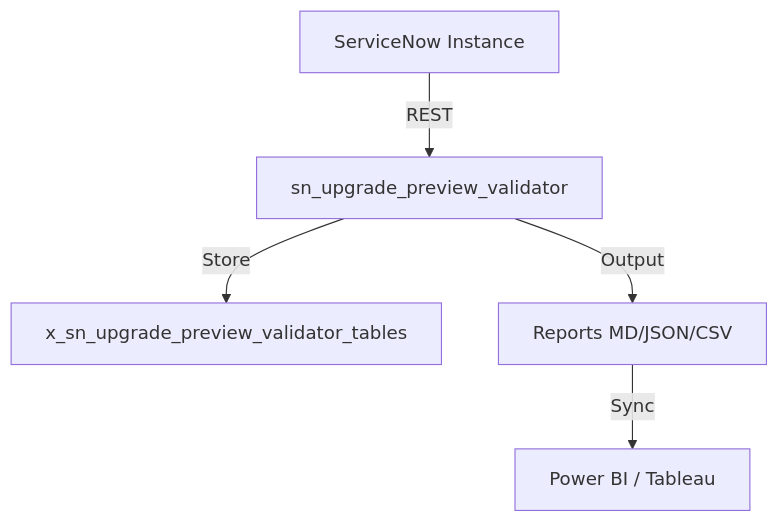
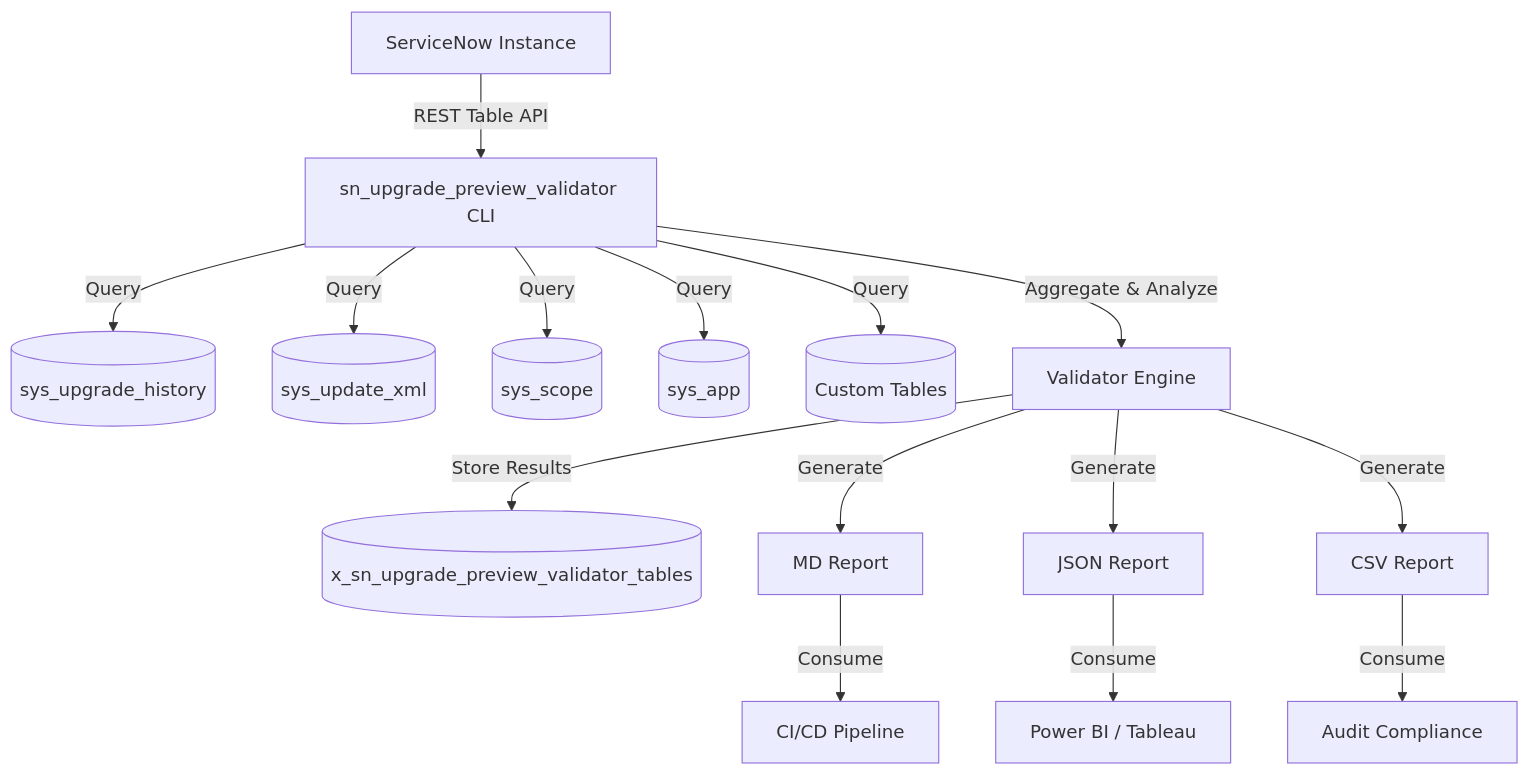
Before and after one commit to vladarchitectservicenow-oss/sn_upgrade_preview_validator: the diagram in README.md, drawn with Mermaid. The commit also changed other lines of this file, not shown here.

Commit message:
fix: deduplicate and expand README to 2000+ words (G8+G7 compliance)

````diff
--- a/README.md
+++ b/README.md
@@ -54,7 +44,17 @@
 ```mermaid
 graph TD
-    SN[ServiceNow Instance] -->|REST| sn_upgrade_preview_validator
-    sn_upgrade_preview_validator -->|Store| DB[x_sn_upgrade_preview_validator_tables]
-    sn_upgrade_preview_validator -->|Output| Report[Reports MD/JSON/CSV]
-    Report -->|Sync| BI[Power BI / Tableau]
+    A[ServiceNow Instance] -->|REST Table API| B[sn_upgrade_preview_validator CLI]
+    B -->|Query| C[(sys_upgrade_history)]
+    B -->|Query| D[(sys_update_xml)]
+    B -->|Query| E[(sys_scope)]
+    B -->|Query| F[(sys_app)]
+    B -->|Query| G[(Custom Tables)]
+    B -->|Aggregate & Analyze| H[Validator Engine]
+    H -->|Store Results| I[(x_sn_upgrade_preview_validator_tables)]
+    H -->|Generate| J[MD Report]
+    H -->|Generate| K[JSON Report]
+    H -->|Generate| L[CSV Report]
+    J -->|Consume| M[CI/CD Pipeline]
+    K -->|Consume| N[Power BI / Tableau]
+    L -->|Consume| O[Audit Compliance]
 ```
````
